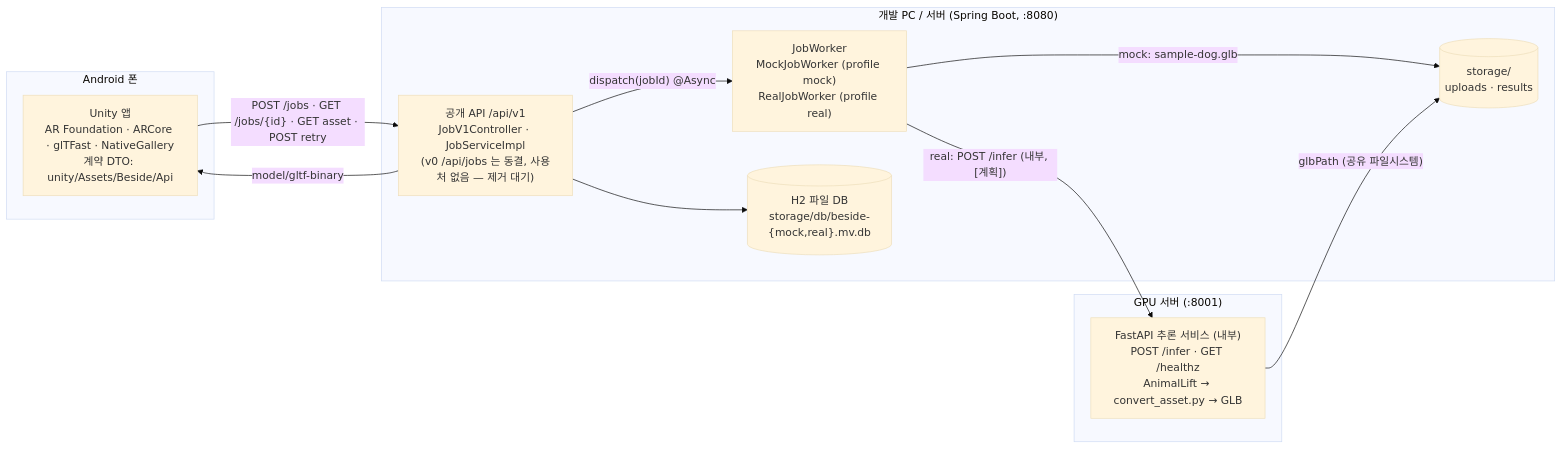
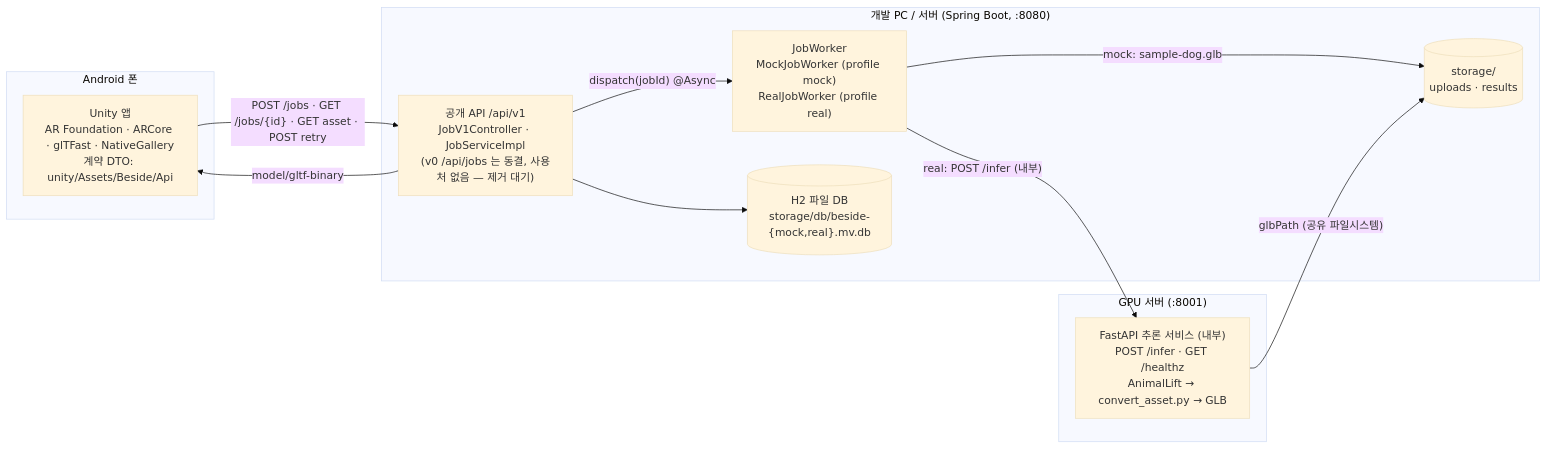
The first of 3 diagrams in docs/ARCHITECTURE.md (minwoo3717/Beside), drawn with Mermaid (base theme) before and after one commit. The commit also changed other lines of this file and 3 other files, not shown here.

First line of the commit message:
[Backend] 문서: PLAN 4단계 선행 구현과 구조도·측정·GLB 저장 규칙 반영 — 무엇이 끝났고 무엇이 남았는지 구분하도록

````diff
--- a/docs/ARCHITECTURE.md
+++ b/docs/ARCHITECTURE.md
@@ -9,22 +9,22 @@
 ```mermaid
 flowchart LR
     subgraph Phone["Android 폰"]
         U["Unity 앱<br/>AR Foundation · ARCore · glTFast · NativeGallery<br/>계약 DTO: unity/Assets/Beside/Api"]
     end
     subgraph Server["개발 PC / 서버 (Spring Boot, :8080)"]
         S["공개 API /api/v1<br/>JobV1Controller · JobServiceImpl<br/>(v0 /api/jobs 는 동결, 사용처 없음 — 제거 대기)"]
         W["JobWorker<br/>MockJobWorker (profile mock)<br/>RealJobWorker (profile real)"]
         FS[("storage/<br/>uploads · results")]
         DB[("H2 파일 DB<br/>storage/db/beside-{mock,real}.mv.db")]
     end
     subgraph Gpu["GPU 서버 (:8001)"]
         P["FastAPI 추론 서비스 (내부)<br/>POST /infer · GET /healthz<br/>AnimalLift → convert_asset.py → GLB"]
     end
     U -->|"POST /jobs · GET /jobs/{id} · GET asset · POST retry"| S
     S --> DB
     S -->|"dispatch(jobId) @Async"| W
     W -->|"mock: sample-dog.glb"| FS
-    W -->|"real: POST /infer (내부, [계획])"| P
+    W -->|"real: POST /infer (내부)"| P
     P -->|"glbPath (공유 파일시스템)"| FS
     S -->|"model/gltf-binary"| U
 ```
````
